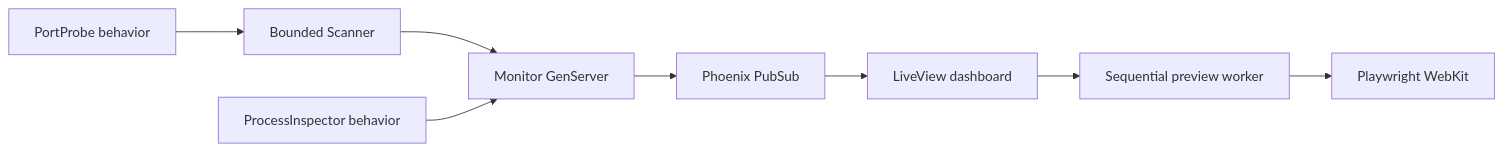
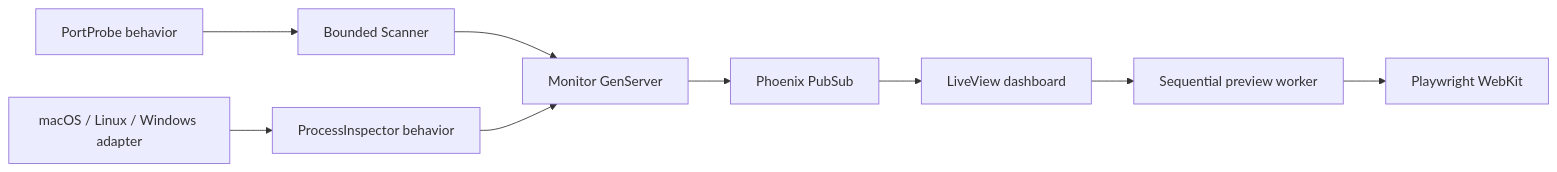
The diagram in README.md (sallaumen/LocalWebMonitorex), drawn with Mermaid before and after one commit. The commit also changed other lines of this file and 17 other files, not shown here.

First line of the commit message:
Add platform process adapters and Windows support (#3)

````diff
--- a/README.md
+++ b/README.md
@@ -72,10 +94,11 @@
 ```mermaid
 flowchart LR
   Probe[PortProbe behavior] --> Scanner[Bounded Scanner]
   Scanner --> Monitor[Monitor GenServer]
-  Inspector[ProcessInspector behavior] --> Monitor
+  OS[macOS / Linux / Windows adapter] --> Inspector[ProcessInspector behavior]
+  Inspector --> Monitor
   Monitor --> PubSub[Phoenix PubSub]
   PubSub --> LiveView[LiveView dashboard]
   LiveView --> Previews[Sequential preview worker]
   Previews --> WebKit[Playwright WebKit]
 ```
````
